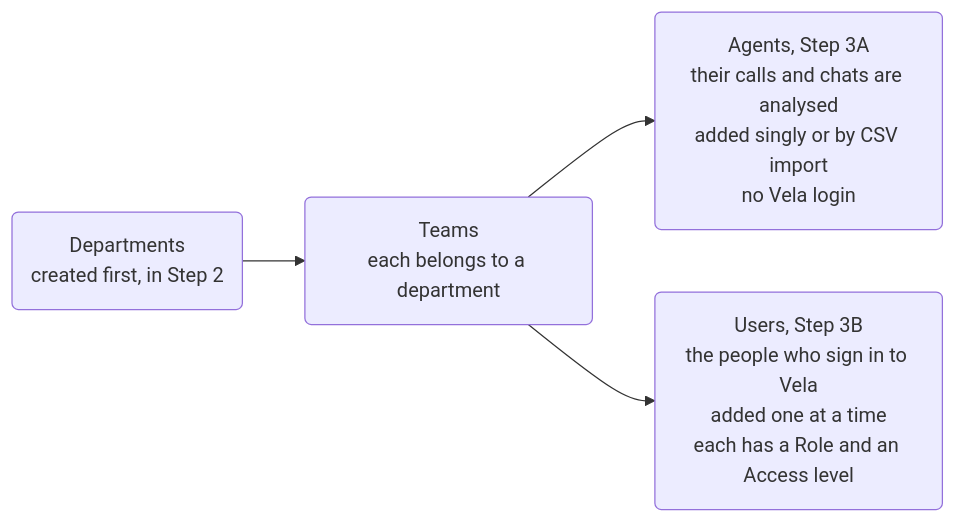
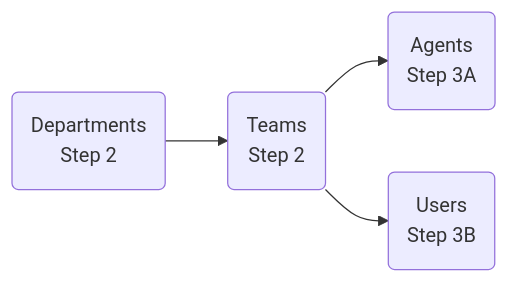
One commit to Botlhale-AI/docs-vela changed the diagram in docs/getting-started/quick-start/administrator-setup.md. Above: the diagram before and after it, drawn with Mermaid. The commit also changed other lines of this file and 24 other files, not shown here.

````diff
--- a/docs/getting-started/quick-start/administrator-setup.md
+++ b/docs/getting-started/quick-start/administrator-setup.md
@@ -114,6 +114,6 @@
 ```mermaid
 flowchart LR
-    D("Departments<br/>created first, in Step 2") --> T("Teams<br/>each belongs to a department")
-    T --> A("Agents, Step 3A<br/>their calls and chats are analysed<br/>added singly or by CSV import<br/>no Vela login")
-    T --> U("Users, Step 3B<br/>the people who sign in to Vela<br/>added one at a time<br/>each has a Role and an Access level")
+    D("Departments<br/>Step 2") --> T("Teams<br/>Step 2")
+    T --> A("Agents<br/>Step 3A")
+    T --> U("Users<br/>Step 3B")
 ```
````
